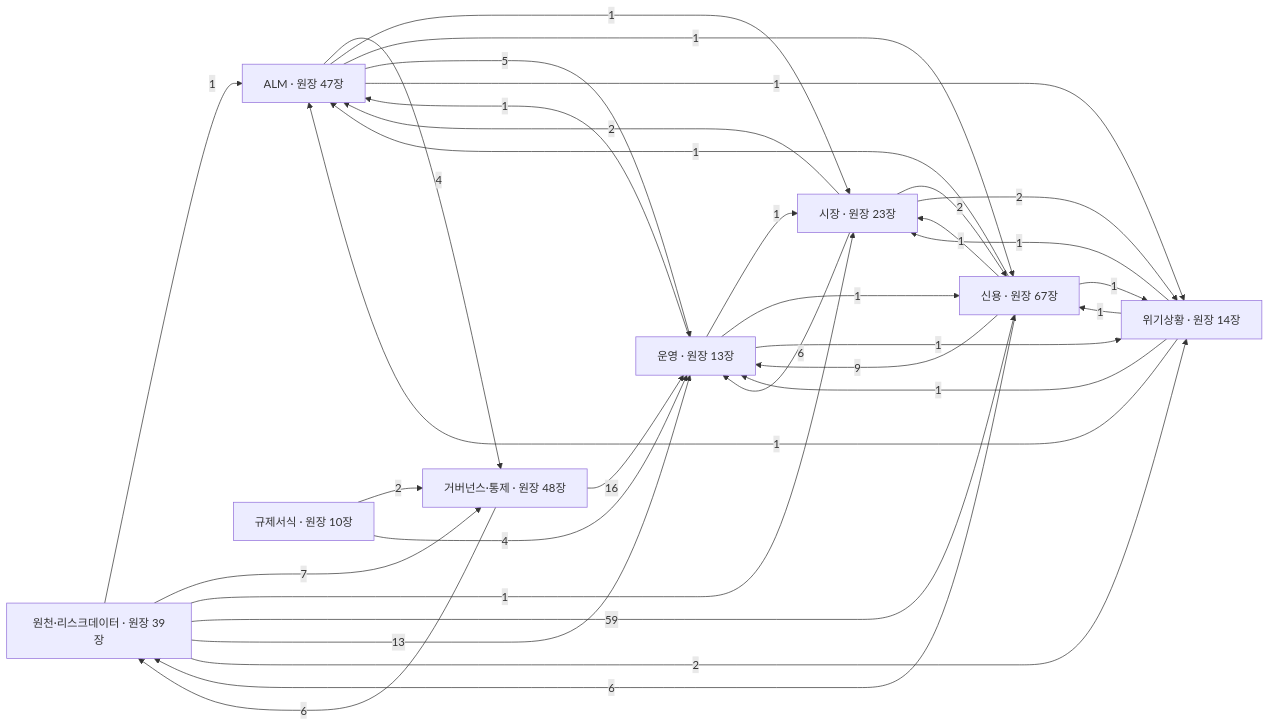
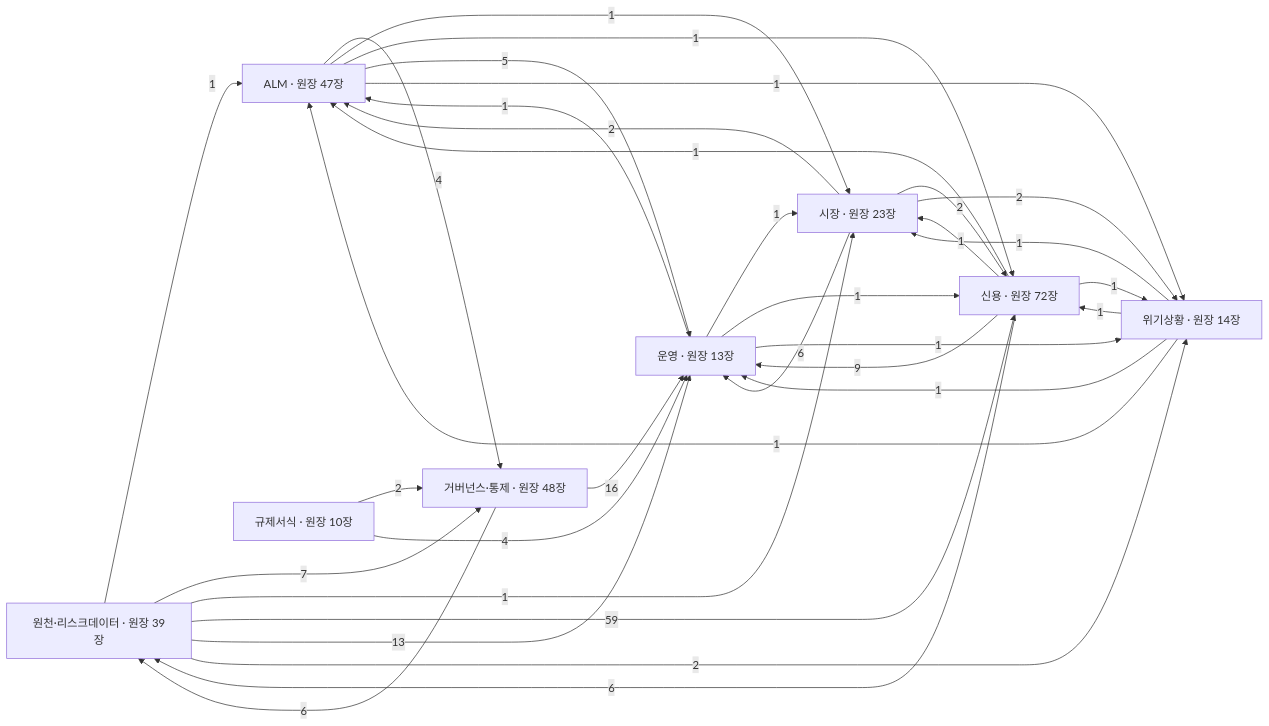
The first of 18 diagrams in docs/DATA_FLOW.md (bbootta/AIops), drawn with Mermaid before and after one commit. The commit also changed other lines of this file, not shown here.

````diff
--- a/docs/DATA_FLOW.md
+++ b/docs/DATA_FLOW.md
@@ -44,43 +44,43 @@
 ```mermaid
 flowchart LR
   B1["원천·리스크데이터 · 원장 39장"]
-  B2["신용 · 원장 67장"]
+  B2["신용 · 원장 72장"]
   B3["시장 · 원장 23장"]
   B4["운영 · 원장 13장"]
   B5["ALM · 원장 47장"]
   B6["위기상황 · 원장 14장"]
   B7["규제서식 · 원장 10장"]
   B8["거버넌스·통제 · 원장 48장"]
   B5 -->|4| B8
   B5 -->|1| B3
   B5 -->|1| B2
   B5 -->|5| B4
   B5 -->|1| B6
   B8 -->|16| B4
   B8 -->|6| B1
   B7 -->|2| B8
   B7 -->|4| B4
   B3 -->|2| B5
   B3 -->|2| B2
   B3 -->|6| B4
   B3 -->|2| B6
   B2 -->|1| B5
   B2 -->|1| B3
   B2 -->|9| B4
   B2 -->|6| B1
   B2 -->|1| B6
   B4 -->|1| B5
   B4 -->|1| B3
   B4 -->|1| B2
   B4 -->|1| B6
   B1 -->|1| B5
   B1 -->|7| B8
   B1 -->|1| B3
   B1 -->|59| B2
   B1 -->|13| B4
   B1 -->|2| B6
   B6 -->|1| B5
   B6 -->|1| B3
   B6 -->|1| B2
   B6 -->|1| B4
 ```
````
